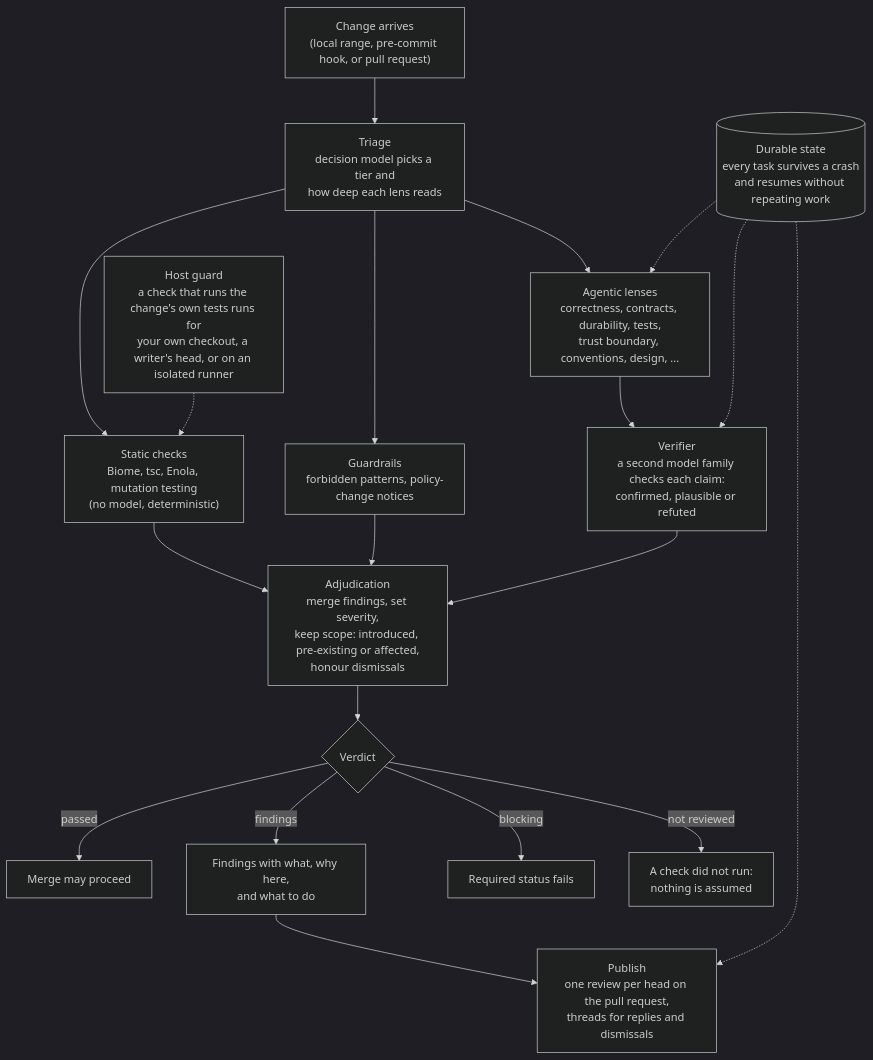
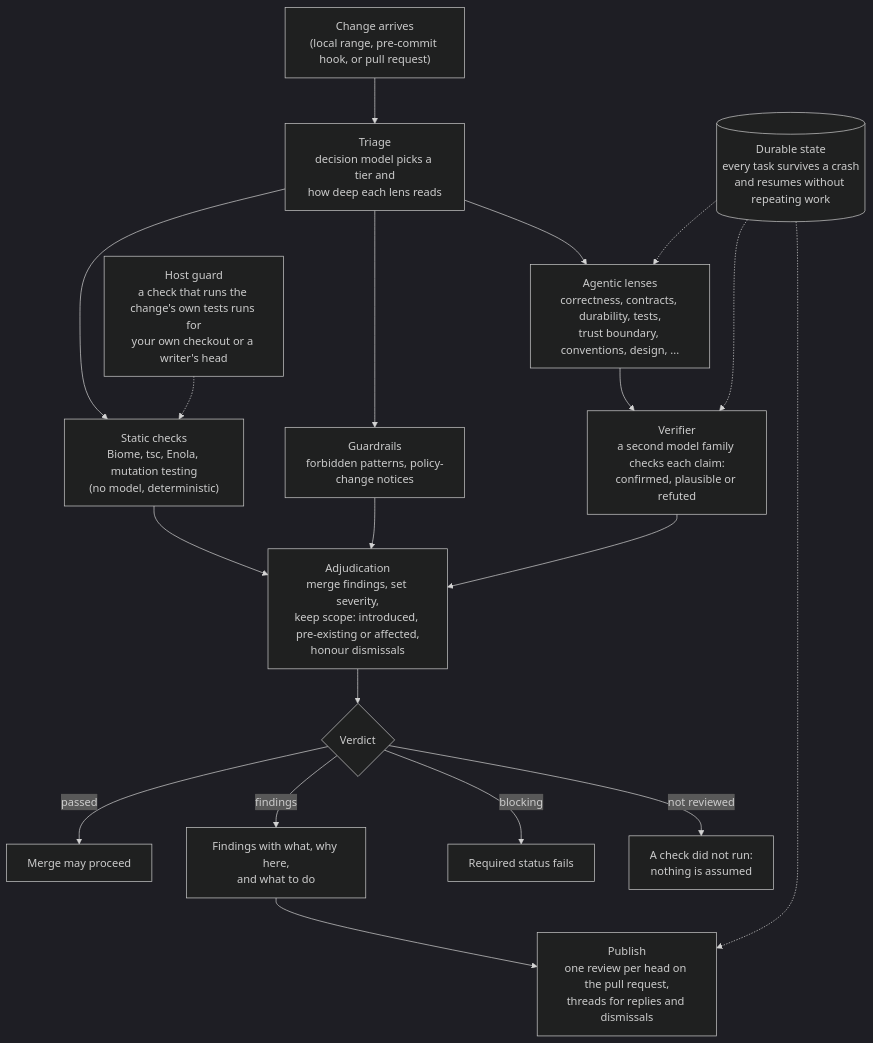
One commit to melian-agent/melian changed the diagram in README.md. Above: the diagram before and after it, drawn with Mermaid (dark theme). The commit also changed other lines of this file and 11 other files, not shown here.

````diff
--- a/README.md
+++ b/README.md
@@ -44,22 +44,22 @@
 ```mermaid
 flowchart TD
     A["Change arrives<br/>(local range, pre-commit hook, or pull request)"] --> B["Triage<br/>decision model picks a tier and<br/>how deep each lens reads"]
     B --> C["Static checks<br/>Biome, tsc, Enola, mutation testing<br/>(no model, deterministic)"]
     B --> D["Guardrails<br/>forbidden patterns, policy-change notices"]
     B --> E["Agentic lenses<br/>correctness, contracts, durability, tests,<br/>trust boundary, conventions, design, ..."]
     E --> F["Verifier<br/>a second model family checks each claim:<br/>confirmed, plausible or refuted"]
     C --> G["Adjudication<br/>merge findings, set severity,<br/>keep scope: introduced, pre-existing or affected,<br/>honour dismissals"]
     D --> G
     F --> G
     G --> H{"Verdict"}
     H -->|passed| I["Merge may proceed"]
     H -->|findings| J["Findings with what, why here,<br/>and what to do"]
     H -->|blocking| K["Required status fails"]
     H -->|not reviewed| L["A check did not run:<br/>nothing is assumed"]
     J --> M["Publish<br/>one review per head on the pull request,<br/>threads for replies and dismissals"]
 
     S[("Durable state<br/>every task survives a crash<br/>and resumes without repeating work")] -.-> E
     S -.-> F
     S -.-> M
-    T["Host guard<br/>a check that runs the change's own tests runs for<br/>your own checkout, a writer's head, or on an isolated runner"] -.-> C
+    T["Host guard<br/>a check that runs the change's own tests runs for<br/>your own checkout or a writer's head"] -.-> C
 ```
````
